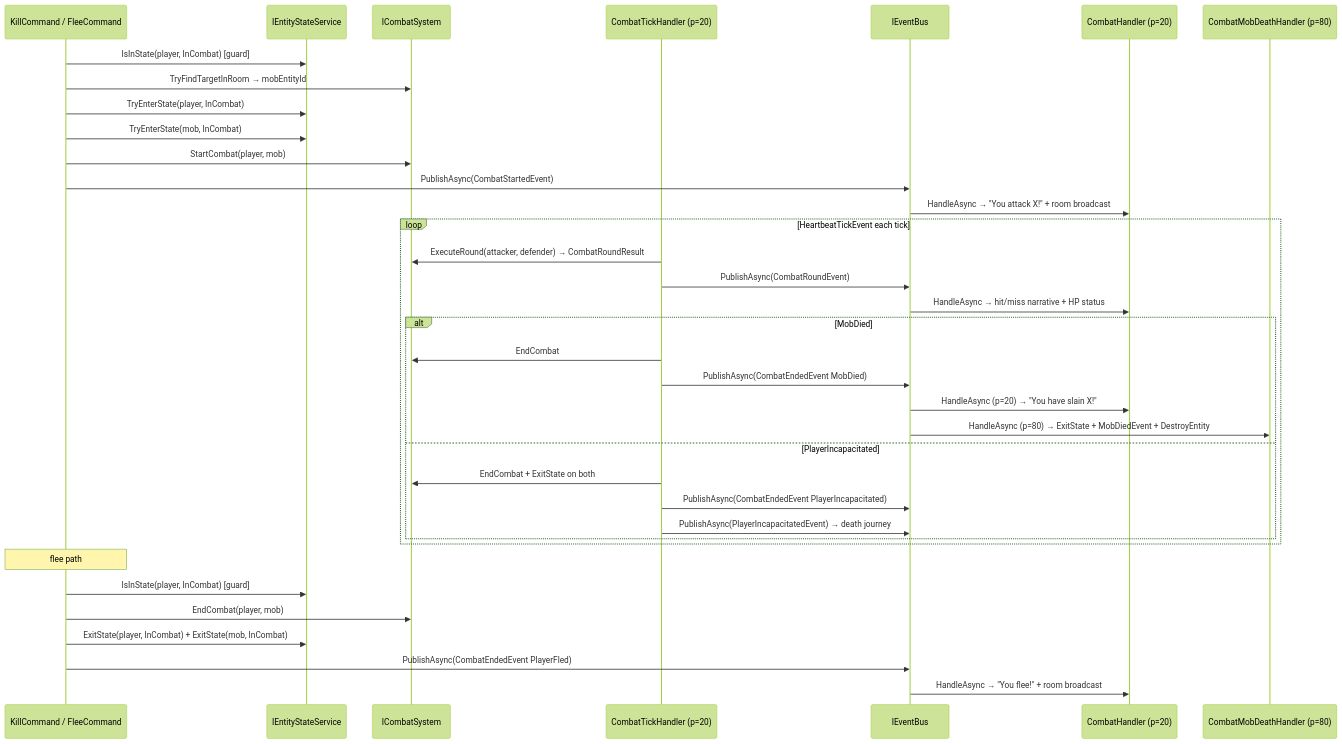
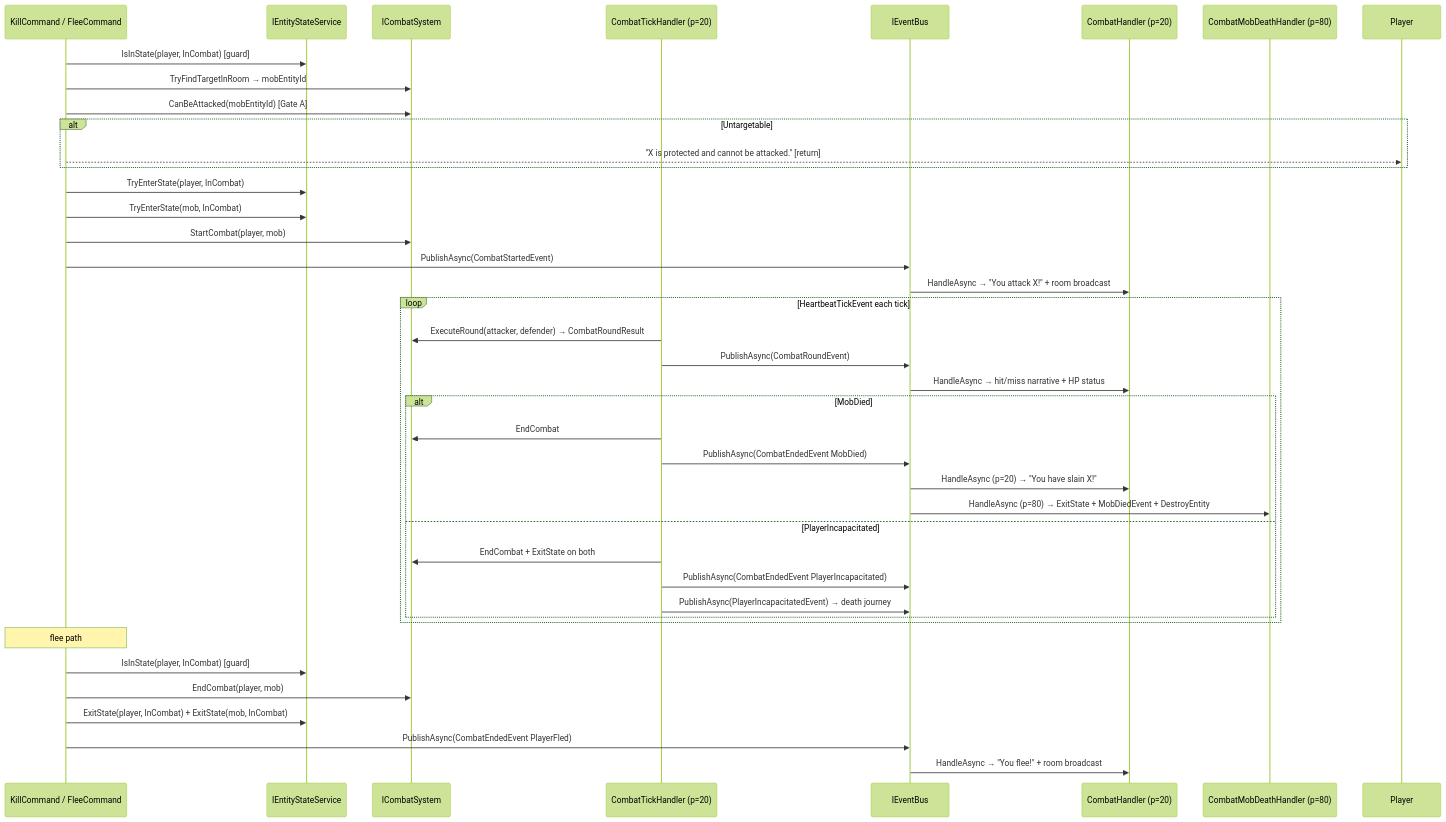
The diagram in docs/architecture/flows/flow-17-kill-mob-combat-initiation.md (dmbyer/Hedron), drawn with Mermaid (forest theme) before and after one commit. The commit also changed other lines of this file and 41 other files, not shown here.

````diff
--- a/docs/architecture/flows/flow-17-kill-mob-combat-initiation.md
+++ b/docs/architecture/flows/flow-17-kill-mob-combat-initiation.md
@@ -9,41 +9,45 @@
 ```mermaid
 sequenceDiagram
     participant Cmd as KillCommand / FleeCommand
     participant ESS as IEntityStateService
     participant CS as ICombatSystem
     participant CTH as CombatTickHandler (p=20)
     participant Bus as IEventBus
     participant CH as CombatHandler (p=20)
     participant MDH as CombatMobDeathHandler (p=80)
 
     Cmd->>ESS: IsInState(player, InCombat) [guard]
     Cmd->>CS: TryFindTargetInRoom → mobEntityId
+    Cmd->>CS: CanBeAttacked(mobEntityId) [Gate A]
+    alt Untargetable
+        Cmd-->>Player: "X is protected and cannot be attacked." [return]
+    end
     Cmd->>ESS: TryEnterState(player, InCombat)
     Cmd->>ESS: TryEnterState(mob, InCombat)
     Cmd->>CS: StartCombat(player, mob)
     Cmd->>Bus: PublishAsync(CombatStartedEvent)
     Bus->>CH: HandleAsync → "You attack X!" + room broadcast
 
     loop HeartbeatTickEvent each tick
         CTH->>CS: ExecuteRound(attacker, defender) → CombatRoundResult
         CTH->>Bus: PublishAsync(CombatRoundEvent)
         Bus->>CH: HandleAsync → hit/miss narrative + HP status
         alt MobDied
             CTH->>CS: EndCombat
             CTH->>Bus: PublishAsync(CombatEndedEvent MobDied)
             Bus->>CH: HandleAsync (p=20) → "You have slain X!"
             Bus->>MDH: HandleAsync (p=80) → ExitState + MobDiedEvent + DestroyEntity
         else PlayerIncapacitated
             CTH->>CS: EndCombat + ExitState on both
             CTH->>Bus: PublishAsync(CombatEndedEvent PlayerIncapacitated)
             CTH->>Bus: PublishAsync(PlayerIncapacitatedEvent) → death journey
         end
     end
 
     Note over Cmd: flee path
     Cmd->>ESS: IsInState(player, InCombat) [guard]
     Cmd->>CS: EndCombat(player, mob)
     Cmd->>ESS: ExitState(player, InCombat) + ExitState(mob, InCombat)
     Cmd->>Bus: PublishAsync(CombatEndedEvent PlayerFled)
     Bus->>CH: HandleAsync → "You flee!" + room broadcast
 ```
````
